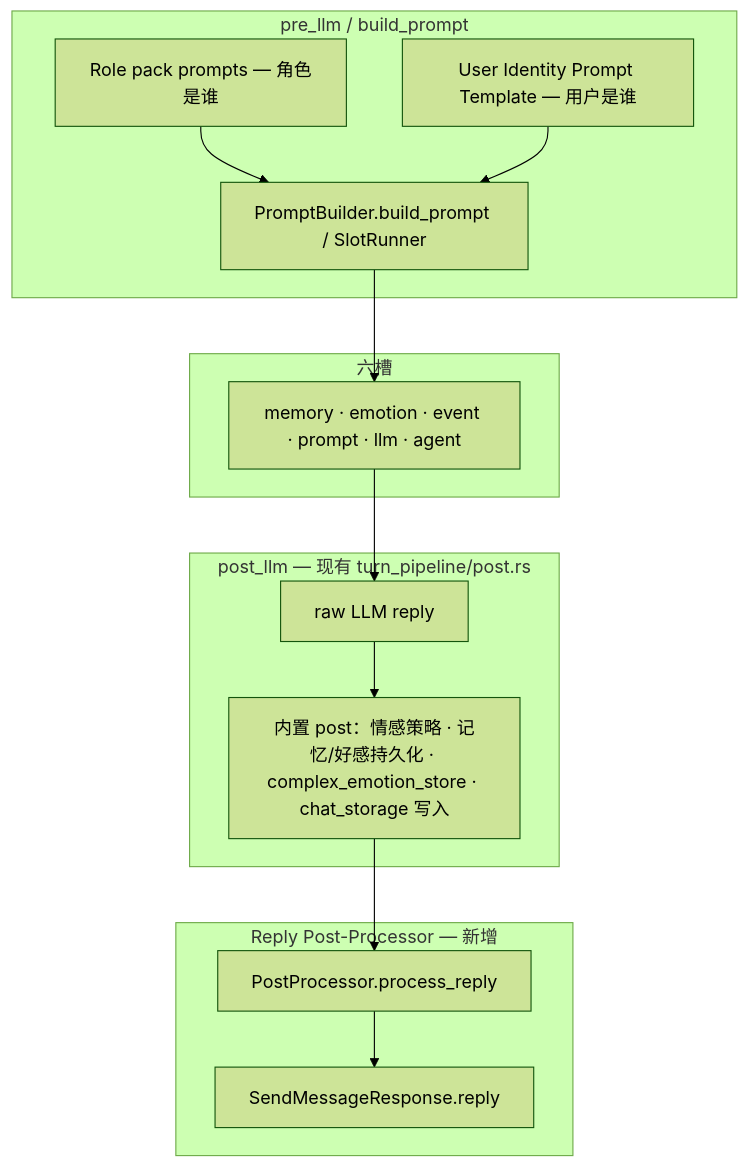
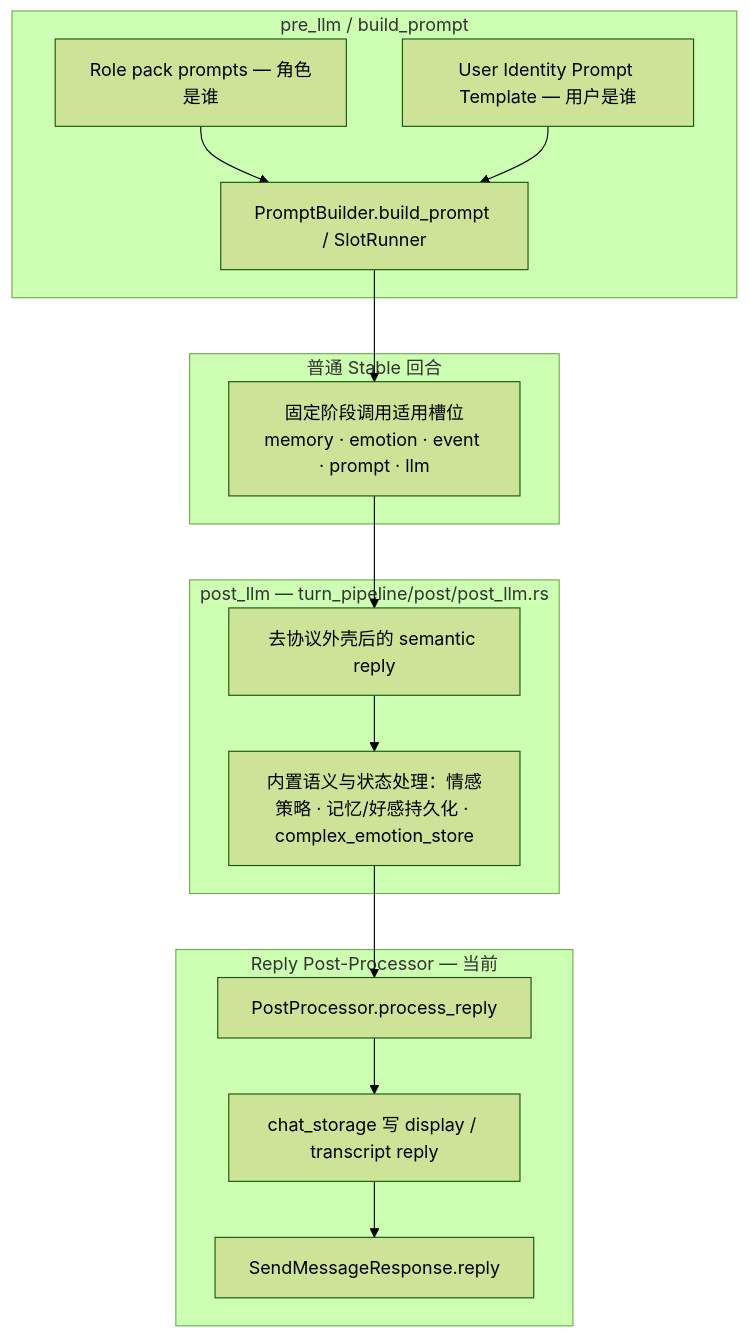
One commit to linkaiheng2233-cyber/oclivenewnew changed the diagram in creator-docs/rfc/RFC_USER_IDENTITY_AND_REPLY_POST_PROCESSOR.md. Above: the diagram before and after it, drawn with Mermaid (forest theme). The commit also changed other lines of this file and 231 other files, not shown here.

Commit message:
docs(architecture): align project around tool kernel

````diff
--- a/creator-docs/rfc/RFC_USER_IDENTITY_AND_REPLY_POST_PROCESSOR.md
+++ b/creator-docs/rfc/RFC_USER_IDENTITY_AND_REPLY_POST_PROCESSOR.md
@@ -45,30 +45,32 @@
 ```mermaid
 flowchart TB
   subgraph pre_llm [pre_llm / build_prompt]
     RP[Role pack prompts — 角色是谁]
     UI[User Identity Prompt Template — 用户是谁]
     MERGE[PromptBuilder.build_prompt / SlotRunner]
     RP --> MERGE
     UI --> MERGE
   end
 
-  subgraph llm [六槽]
-    SLOTS[memory · emotion · event · prompt · llm · agent]
+  subgraph stable [普通 Stable 回合]
+    SLOTS[固定阶段调用适用槽位<br/>memory · emotion · event · prompt · llm]
   end
 
-  subgraph post [post_llm — 现有 turn_pipeline/post.rs]
-    RAW[raw LLM reply]
-    BUILTIN[内置 post：情感策略 · 记忆/好感持久化 · complex_emotion_store · chat_storage 写入]
+  subgraph post [post_llm — turn_pipeline/post/post_llm.rs]
+    RAW[去协议外壳后的 semantic reply]
+    BUILTIN[内置语义与状态处理：情感策略 · 记忆/好感持久化 · complex_emotion_store]
     RAW --> BUILTIN
   end
 
-  subgraph postproc [Reply Post-Processor — 新增]
+  subgraph postproc [Reply Post-Processor — 当前]
     PP[PostProcessor.process_reply]
+    LOG[chat_storage 写 display / transcript reply]
     FINAL[SendMessageResponse.reply]
-    PP --> FINAL
+    PP --> LOG
+    LOG --> FINAL
   end
 
   MERGE --> SLOTS
   SLOTS --> RAW
   BUILTIN --> PP
 ```
````
